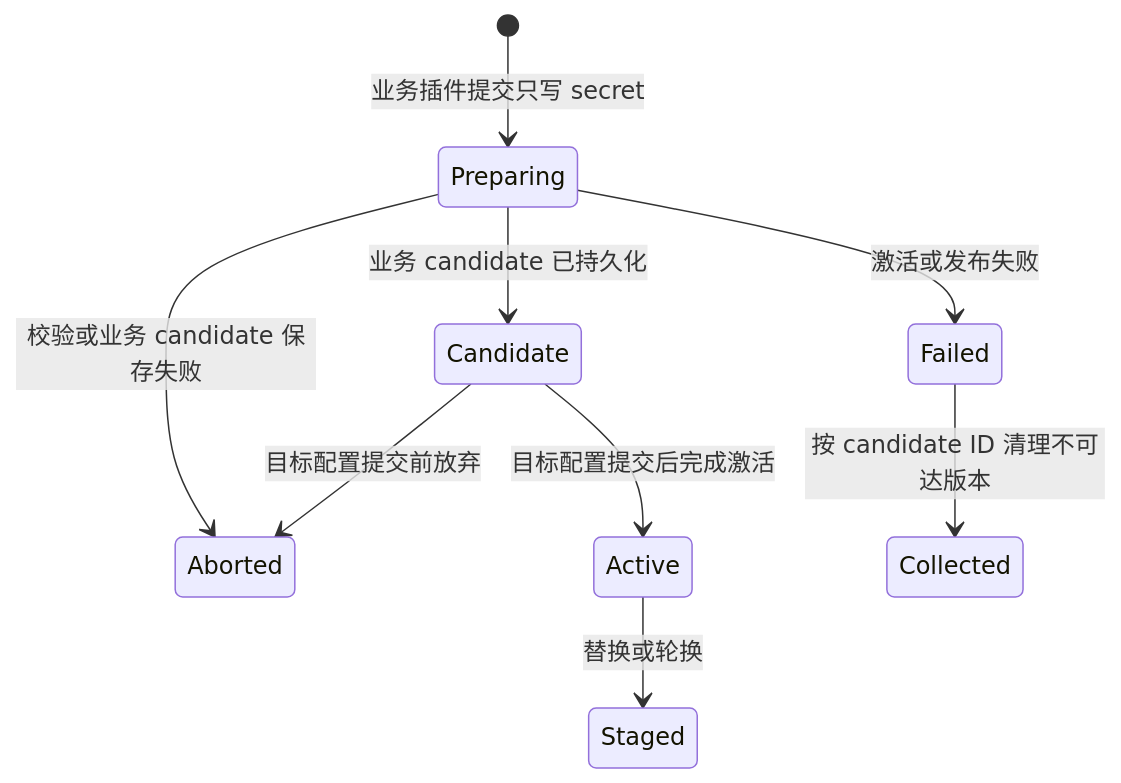
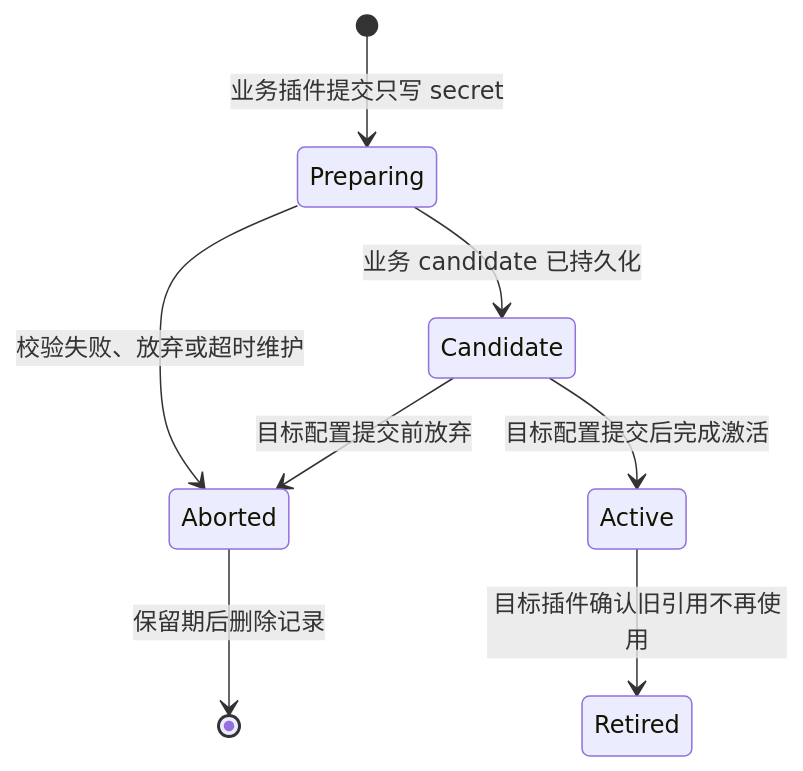
The diagram in docs/dev/architecture/插件配置与托管凭证.md (yandt/VastPlan), drawn with Mermaid before and after one commit. The commit also changed other lines of this file and 27 other files, not shown here.

````diff
--- a/docs/dev/architecture/插件配置与托管凭证.md
+++ b/docs/dev/architecture/插件配置与托管凭证.md
@@ -63,11 +63,10 @@
 ```mermaid
 stateDiagram-v2
     [*] --> Preparing: 业务插件提交只写 secret
-    Preparing --> Aborted: 校验或业务 candidate 保存失败
+    Preparing --> Aborted: 校验失败、放弃或超时维护
     Preparing --> Candidate: 业务 candidate 已持久化
     Candidate --> Active: 目标配置提交后完成激活
     Candidate --> Aborted: 目标配置提交前放弃
-    Preparing --> Failed: 激活或发布失败
-    Failed --> Collected: 按 candidate ID 清理不可达版本
-    Active --> Staged: 替换或轮换
+    Active --> Retired: 目标插件确认旧引用不再使用
+    Aborted --> [*]: 保留期后删除记录
 ```
````
